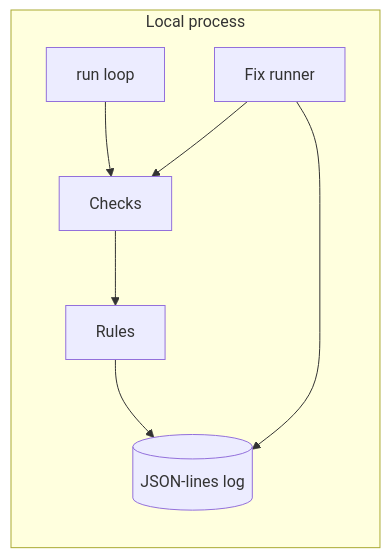
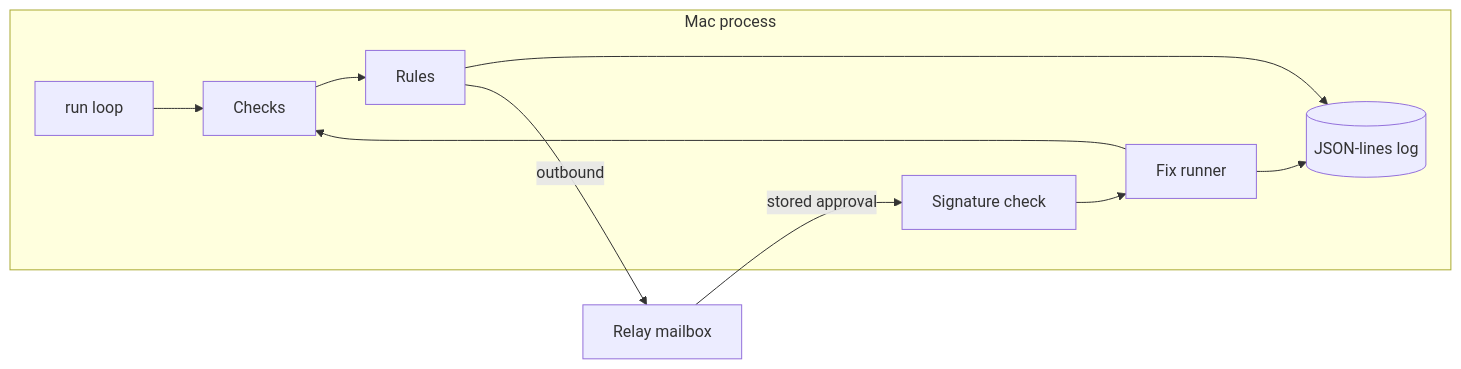
The diagram in README.md (ZeroCool0388/daemon-doctor), drawn with Mermaid before and after one commit. The commit also changed other lines of this file and 28 other files, not shown here.

````diff
--- a/README.md
+++ b/README.md
@@ -27,10 +27,13 @@
 ```mermaid
 flowchart LR
-  subgraph Local["Local process"]
+  subgraph Local["Mac process"]
     S[run loop] --> C[Checks]
     C --> R[Rules]
     R --> L[(JSON-lines log)]
-    F[Fix runner] --> C
+    V[Signature check] --> F[Fix runner]
+    F --> C
     F --> L
   end
+  R -- outbound --> W[Relay mailbox]
+  W -- stored approval --> V
 ```
````
